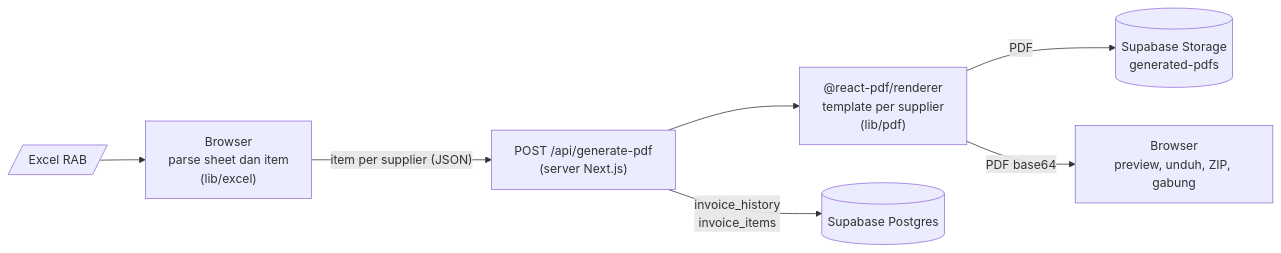
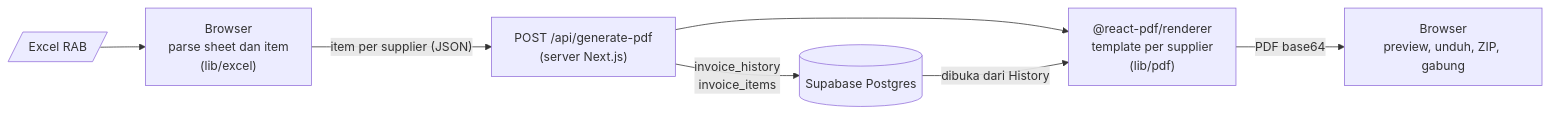
The diagram in README.md (shelviapramodita/invoice-generate), drawn with Mermaid before and after one commit. The commit also changed other lines of this file and 8 other files, not shown here.

First line of the commit message:
perf(storage): PDF tidak lagi disimpan di Supabase Storage

````diff
--- a/README.md
+++ b/README.md
@@ -55,9 +55,9 @@
 ```mermaid
 flowchart LR
     xlsx[/"Excel RAB"/] --> parse["Browser<br/>parse sheet dan item<br/>(lib/excel)"]
     parse -->|"item per supplier (JSON)"| api["POST /api/generate-pdf<br/>(server Next.js)"]
     api --> render["@react-pdf/renderer<br/>template per supplier<br/>(lib/pdf)"]
-    render -->|PDF| storage[("Supabase Storage<br/>generated-pdfs")]
     api -->|"invoice_history<br/>invoice_items"| db[("Supabase Postgres")]
     render -->|"PDF base64"| preview["Browser<br/>preview, unduh, ZIP, gabung"]
+    db -->|"dibuka dari History"| render
 ```
````
